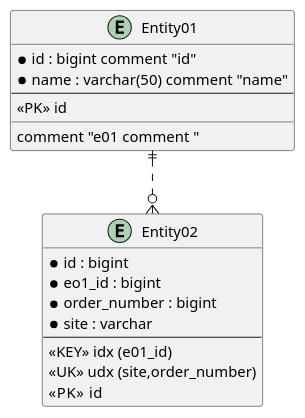
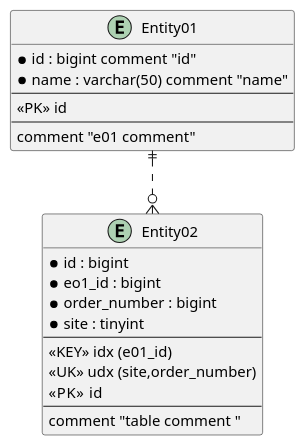
One commit to zwxbest/puml2ddl changed the diagram in er.puml. Above: the diagram before and after it, drawn with PlantUML. The commit also changed 6 other files, not shown here.

```diff
--- a/er.puml
+++ b/er.puml
@@ -1,32 +1,32 @@
 @startuml
 
 'hide the spot
 'hide circle
 
-' avoid problems with angled crows feet
+'avoid problems with angled crows feet
 skinparam linetype ortho
 
 entity "Entity01" as e01 {
   *id : bigint comment "id"
   *name : varchar(50) comment "name"
   --
   <<PK>> id
-  __
-  comment "e01 comment "
+  --
+  comment "e01 comment"
 }
 
 entity "Entity02" as e02 {
   *id : bigint
   *eo1_id : bigint
   *order_number : bigint
-  *site : varchar
+  *site : tinyint
   --
   <<KEY>> idx (e01_id)
-   <<UK>> udx (site,order_number)
-   <<PK>>  id
+  <<UK>> udx (site,order_number)
+  <<PK>>  id
+  --
+   comment "table comment "
 }
-
-
 e01 ||..o{ e02
 
 @enduml
```
